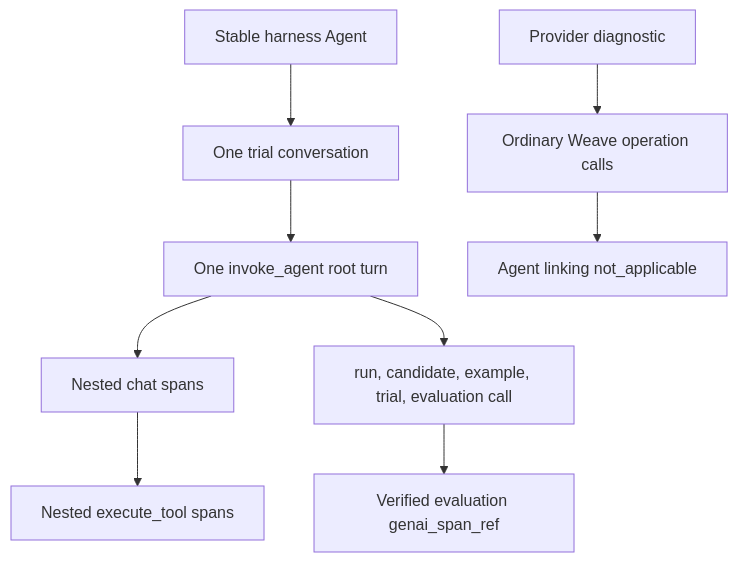
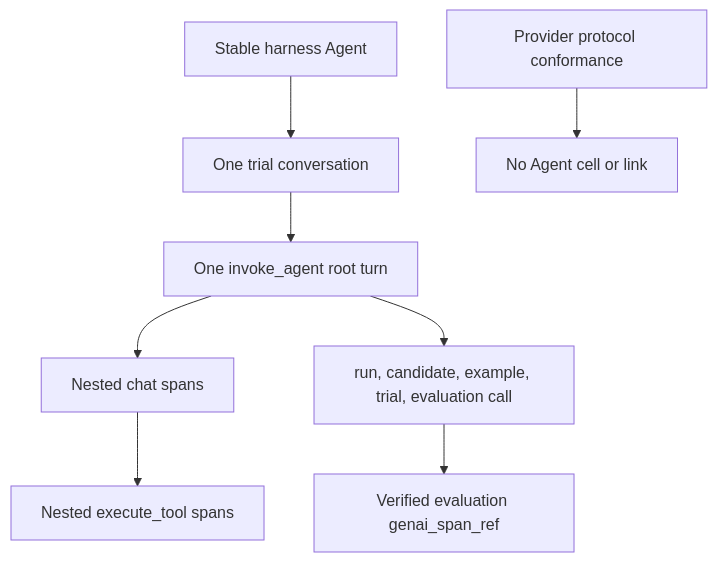
Diagram 13 of 13 in README.md (ash0ts/fugue), drawn with Mermaid before and after one commit. The commit also changed other lines of this file and 17 other files, not shown here.

````diff
--- a/README.md
+++ b/README.md
@@ -910,11 +912,10 @@
 ```mermaid
 flowchart TD
     AGENT["Stable harness Agent"] --> CONV["One trial conversation"]
     CONV --> TURN["One invoke_agent root turn"]
     TURN --> CHAT["Nested chat spans"]
     CHAT --> TOOL["Nested execute_tool spans"]
     TURN --> ATTR["run, candidate, example, trial, evaluation call"]
     ATTR --> LINK["Verified evaluation genai_span_ref"]
-    DIRECT["Provider diagnostic"] --> OPS["Ordinary Weave operation calls"]
-    OPS --> NOLINK["Agent linking not_applicable"]
+    OFFLINE["Provider protocol conformance"] --> NOCELL["No Agent cell or link"]
 ```
````
